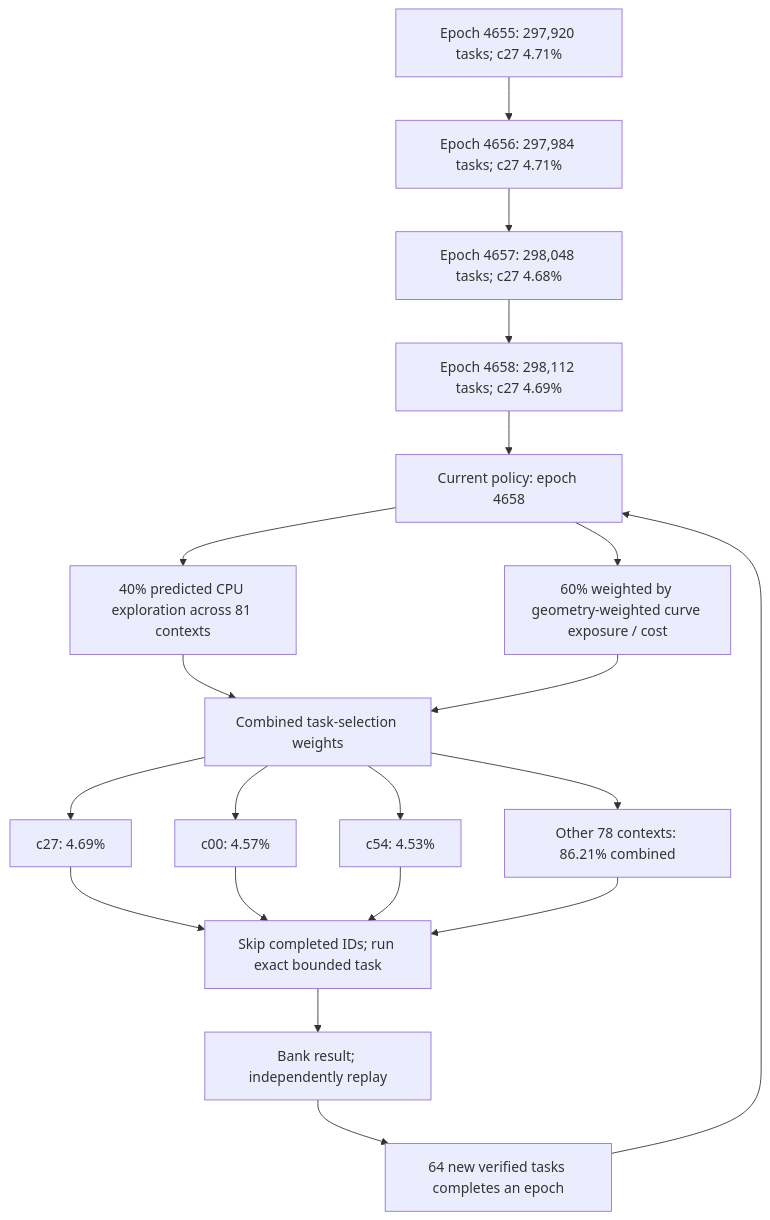
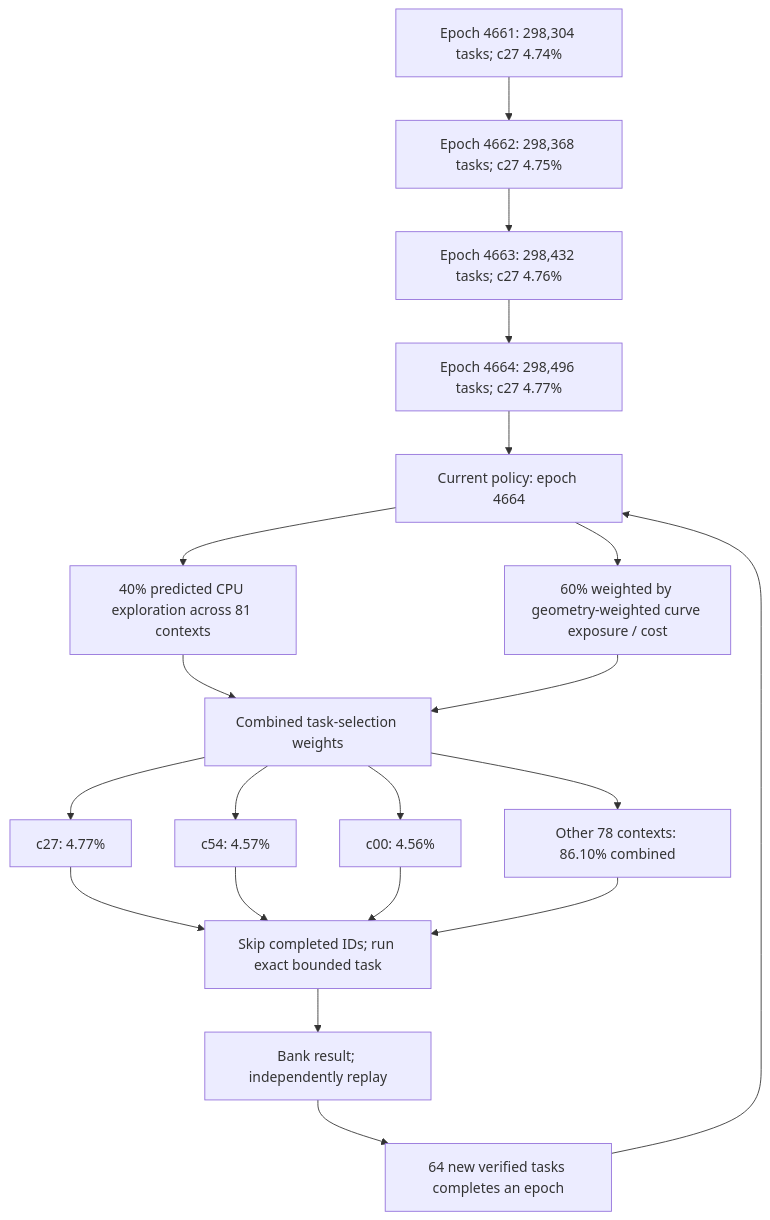
The first of 3 diagrams in README.md (Kuberwastaken/math-gambling), drawn with Mermaid before and after one commit. The commit also changed other lines of this file and 3049 other files, not shown here.

````diff
--- a/README.md
+++ b/README.md
@@ -60,27 +60,27 @@
 ```mermaid
 flowchart TD
-    H0["Epoch 4655: 297,920 tasks; c27 4.71%"]
-    H1["Epoch 4656: 297,984 tasks; c27 4.71%"]
+    H0["Epoch 4661: 298,304 tasks; c27 4.74%"]
+    H1["Epoch 4662: 298,368 tasks; c27 4.75%"]
     H0 --> H1
-    H2["Epoch 4657: 298,048 tasks; c27 4.68%"]
+    H2["Epoch 4663: 298,432 tasks; c27 4.76%"]
     H1 --> H2
-    H3["Epoch 4658: 298,112 tasks; c27 4.69%"]
+    H3["Epoch 4664: 298,496 tasks; c27 4.77%"]
     H2 --> H3
-    Policy["Current policy: epoch 4658"]
+    Policy["Current policy: epoch 4664"]
     H3 --> Policy
     Policy --> Explore["40% predicted CPU exploration across 81 contexts"]
     Policy --> Cost["60% weighted by geometry-weighted curve exposure / cost"]
     Explore --> Mix["Combined task-selection weights"]
     Cost --> Mix
-    Mix --> C0["c27: 4.69%"]
-    Mix --> C1["c00: 4.57%"]
-    Mix --> C2["c54: 4.53%"]
-    Mix --> Rest["Other 78 contexts: 86.21% combined"]
+    Mix --> C0["c27: 4.77%"]
+    Mix --> C1["c54: 4.57%"]
+    Mix --> C2["c00: 4.56%"]
+    Mix --> Rest["Other 78 contexts: 86.10% combined"]
     C0 --> Check["Skip completed IDs; run exact bounded task"]
     C1 --> Check
     C2 --> Check
     Rest --> Check
     Check --> Replay["Bank result; independently replay"]
     Replay --> Gate["64 new verified tasks completes an epoch"]
     Gate --> Policy
 ```
````
